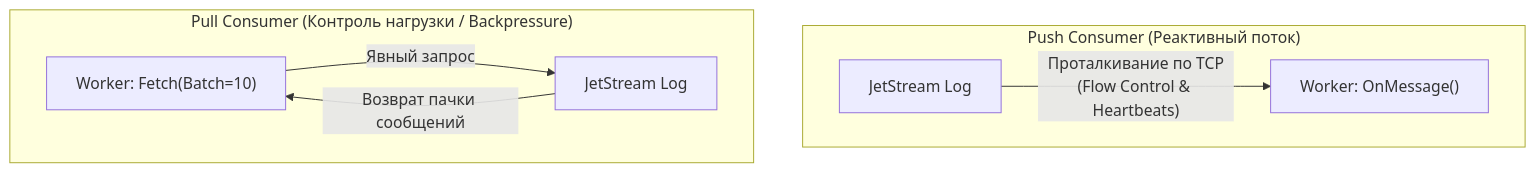
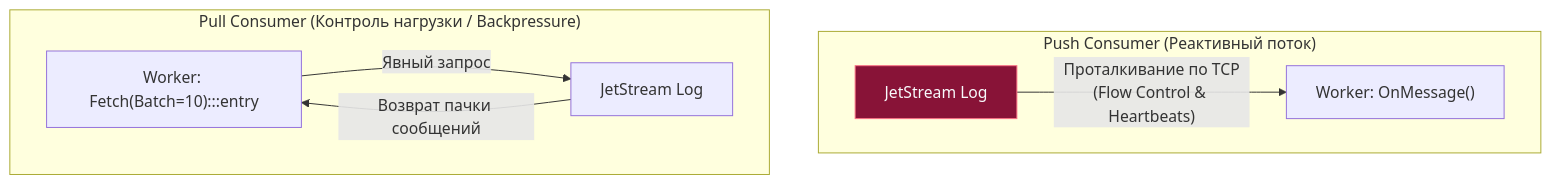
One commit to UnrealTemplier/go-textbook changed the second of 2 diagrams in sources/13. Очереди, брокеры сообщений и оркестраторы/04. NATS/5. JetStream. Persistence и stream processing.md. Above: the diagram before and after it, drawn with Mermaid. The commit also changed 1666 other files, not shown here.

First line of the commit message:
feat(mermaid): add semantic color classDef to 1369 colorless flowchart/graph diagrams

````diff
--- a/sources/13. Очереди, брокеры сообщений и оркестраторы/04. NATS/5. JetStream. Persistence и stream processing.md
+++ b/sources/13. Очереди, брокеры сообщений и оркестраторы/04. NATS/5. JetStream. Persistence и stream processing.md
@@ -162,11 +162,21 @@
 ```mermaid
 flowchart TD
+    classDef process  fill:#1e293b,stroke:#38bdf8,stroke-width:1px,color:#f8fafc
+    classDef success  fill:#064e3b,stroke:#34d399,stroke-width:1px,color:#f8fafc
+    classDef error    fill:#7f1d1d,stroke:#f87171,stroke-width:1px,color:#f8fafc
+    classDef warning  fill:#78350f,stroke:#fbbf24,stroke-width:1px,color:#f8fafc
+    classDef entry    fill:#1e3a5f,stroke:#38bdf8,stroke-width:2px,color:#f8fafc
+    classDef aux      fill:#334155,stroke:#64748b,stroke-width:1px,color:#f8fafc
+    classDef system   fill:#312e81,stroke:#a78bfa,stroke-width:1px,color:#f8fafc
+    classDef data     fill:#132d29,stroke:#2dd4bf,stroke-width:1px,color:#f8fafc
+    classDef network  fill:#881337,stroke:#fb7185,stroke-width:1px,color:#f8fafc
+    classDef accent   fill:#1e1b4b,stroke:#818cf8,stroke-width:1px,color:#f8fafc
     subgraph PushModel["Push Consumer (Реактивный поток)"]
-        S1["JetStream Log"] -->|"Проталкивание по TCP<br>(Flow Control & Heartbeats)"| C1["Worker: OnMessage()"]
+        S1["JetStream Log"]:::network -->|"Проталкивание по TCP<br>(Flow Control & Heartbeats)"| C1["Worker: OnMessage()"]
     end
     
     subgraph PullModel["Pull Consumer (Контроль нагрузки / Backpressure)"]
-        C2["Worker: Fetch(Batch=10)"] -->|"Явный запрос"| S2["JetStream Log"]
+        C2["Worker: Fetch(Batch=10):::entry"] -->|"Явный запрос"| S2["JetStream Log"]
         S2 -->|"Возврат пачки сообщений"| C2
     end
 ```
````
